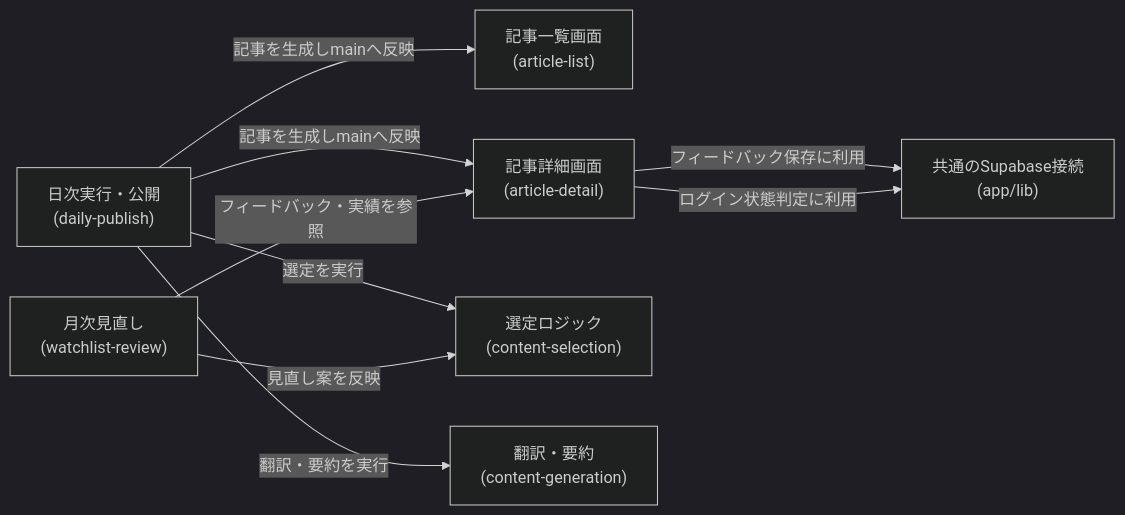
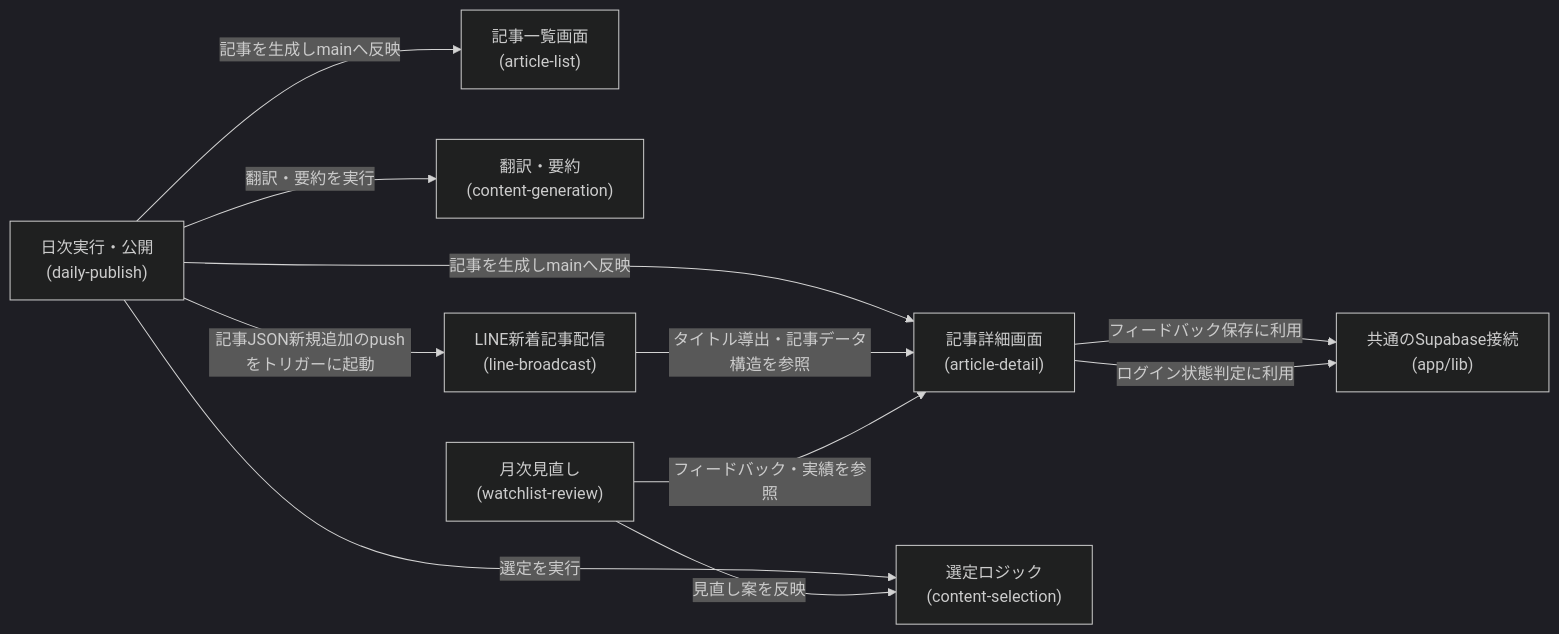
Before and after one commit to zakiyama0108/benriyatool: the second of 2 diagrams in specs/ai-dev-digest/architecture.md, drawn with Mermaid (dark theme). The commit also changed other lines of this file and 3 other files, not shown here.

````diff
--- a/specs/ai-dev-digest/architecture.md
+++ b/specs/ai-dev-digest/architecture.md
@@ -77,19 +85,22 @@
 ```mermaid
 flowchart LR
     listScreen["記事一覧画面<br>(article-list)"]
     detailScreen["記事詳細画面<br>(article-detail)"]
     selection["選定ロジック<br>(content-selection)"]
     generation["翻訳・要約<br>(content-generation)"]
     publish["日次実行・公開<br>(daily-publish)"]
+    broadcast["LINE新着記事配信<br>(line-broadcast)"]
     review["月次見直し<br>(watchlist-review)"]
     client["共通のSupabase接続<br>(app/lib)"]
 
     publish -->|選定を実行| selection
     publish -->|翻訳・要約を実行| generation
     publish -->|記事を生成しmainへ反映| listScreen
     publish -->|記事を生成しmainへ反映| detailScreen
+    publish -->|記事JSON新規追加のpushをトリガーに起動| broadcast
+    broadcast -->|タイトル導出・記事データ構造を参照| detailScreen
     detailScreen -->|フィードバック保存に利用| client
     detailScreen -->|ログイン状態判定に利用| client
     review -->|フィードバック・実績を参照| detailScreen
     review -->|見直し案を反映| selection
 ```
````
